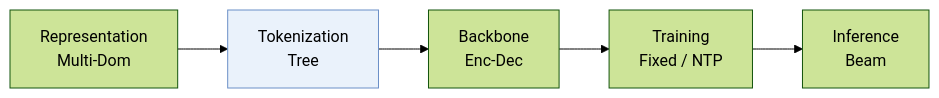
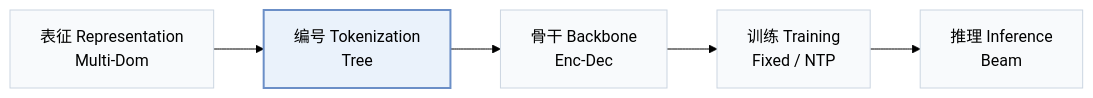
One commit to Galaxy-ghost/Awesome-SID-Generative-Rec changed the first of 2 diagrams in pages/zh/papers/utgrec.md. Above: the diagram before and after it, drawn with Mermaid (forest theme). The commit also changed other lines of this file and 649 other files, not shown here.

Commit message:
writer-05: also tags and modality index (schema, check, build, visuals); summary field removed; calibration data for 12 papers

````diff
--- a/pages/zh/papers/utgrec.md
+++ b/pages/zh/papers/utgrec.md
@@ -13,6 +15,8 @@
 ```mermaid
 flowchart LR
-    R["Representation<br/>Multi-Dom"] --> T["Tokenization<br/>Tree"] --> B["Backbone<br/>Enc-Dec"] --> TR["Training<br/>Fixed / NTP"] --> I["Inference<br/>Beam"]
-    classDef main fill:#eaf2fb,stroke:#6b8fc7
+    R["表征 Representation<br/>Multi-Dom"] --> T["编号 Tokenization<br/>Tree"] --> B["骨干 Backbone<br/>Enc-Dec"] --> TR["训练 Training<br/>Fixed / NTP"] --> I["推理 Inference<br/>Beam"]
+    classDef base fill:#f8fafc,stroke:#cbd5e1
+    class R,T,B,TR,I base
+    classDef main fill:#eaf2fb,stroke:#6b8fc7,stroke-width:2px
     class T main
 ```
````
